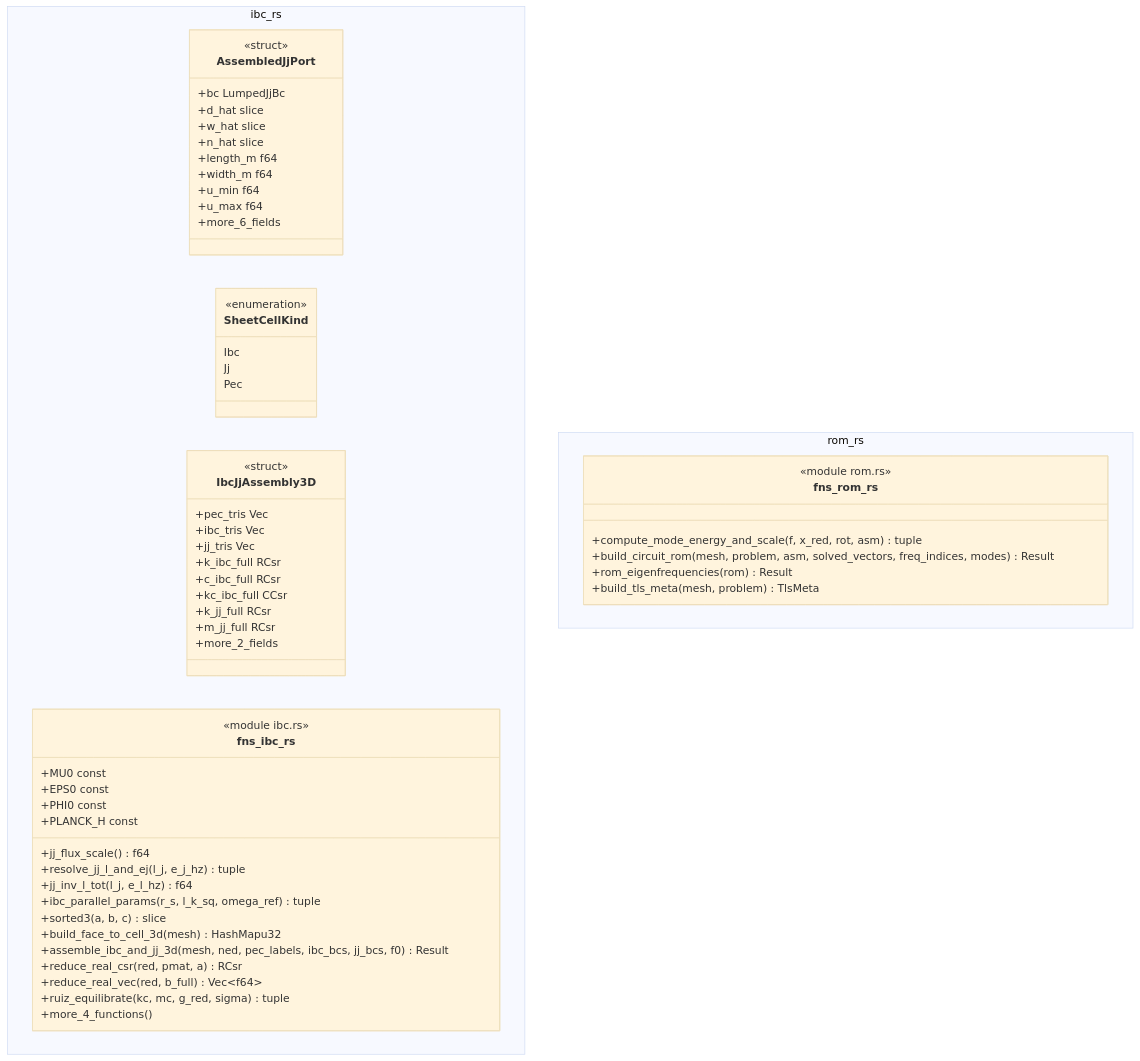
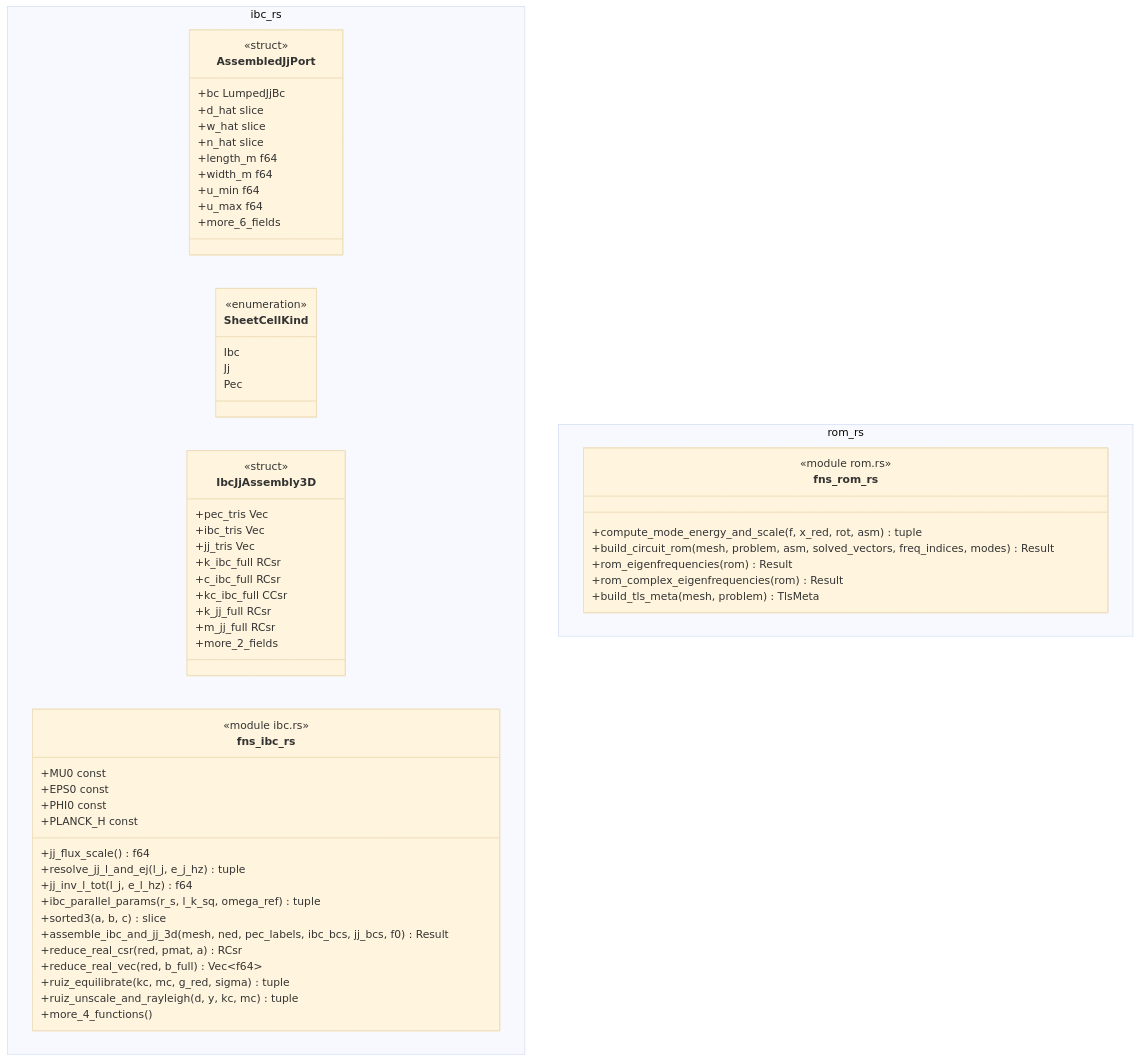
One commit to p-j-r/nyx changed the diagram in docs/architecture/c4/4-code/ems/ibc.md. Above: the diagram before and after it, drawn with Mermaid (base theme). The commit also changed other lines of this file and 150 other files, not shown here.

````diff
--- a/docs/architecture/c4/4-code/ems/ibc.md
+++ b/docs/architecture/c4/4-code/ems/ibc.md
@@ -43,62 +43,63 @@
 ```mermaid
 classDiagram
   namespace ibc_rs {
     class AssembledJjPort {
         <<struct>>
         +bc LumpedJjBc
         +d_hat slice
         +w_hat slice
         +n_hat slice
         +length_m f64
         +width_m f64
         +u_min f64
         +u_max f64
         +more_6_fields
     }
     class SheetCellKind {
         <<enumeration>>
         Ibc
         Jj
         Pec
     }
     class IbcJjAssembly3D {
         <<struct>>
         +pec_tris Vec
         +ibc_tris Vec
         +jj_tris Vec
         +k_ibc_full RCsr
         +c_ibc_full RCsr
         +kc_ibc_full CCsr
         +k_jj_full RCsr
         +m_jj_full RCsr
         +more_2_fields
     }
     class fns_ibc_rs {
         <<module ibc.rs>>
         +jj_flux_scale() f64
         +resolve_jj_l_and_ej(l_j, e_j_hz) tuple
         +jj_inv_l_tot(l_j, e_l_hz) f64
         +ibc_parallel_params(r_s, l_k_sq, omega_ref) tuple
         +sorted3(a, b, c) slice
-        +build_face_to_cell_3d(mesh) HashMapu32
         +assemble_ibc_and_jj_3d(mesh, ned, pec_labels, ibc_bcs, jj_bcs, f0) Result
         +reduce_real_csr(red, pmat, a) RCsr
         +reduce_real_vec(red, b_full) Vec~f64~
         +ruiz_equilibrate(kc, mc, g_red, sigma) tuple
+        +ruiz_unscale_and_rayleigh(d, y, kc, mc) tuple
         +more_4_functions()
         +MU0 const
         +EPS0 const
         +PHI0 const
         +PLANCK_H const
     }
   }
   namespace rom_rs {
     class fns_rom_rs {
         <<module rom.rs>>
         +compute_mode_energy_and_scale(f, x_red, rot, asm) tuple
         +build_circuit_rom(mesh, problem, asm, solved_vectors, freq_indices, modes) Result
         +rom_eigenfrequencies(rom) Result
+        +rom_complex_eigenfrequencies(rom) Result
         +build_tls_meta(mesh, problem) TlsMeta
     }
   }
 ```
````
